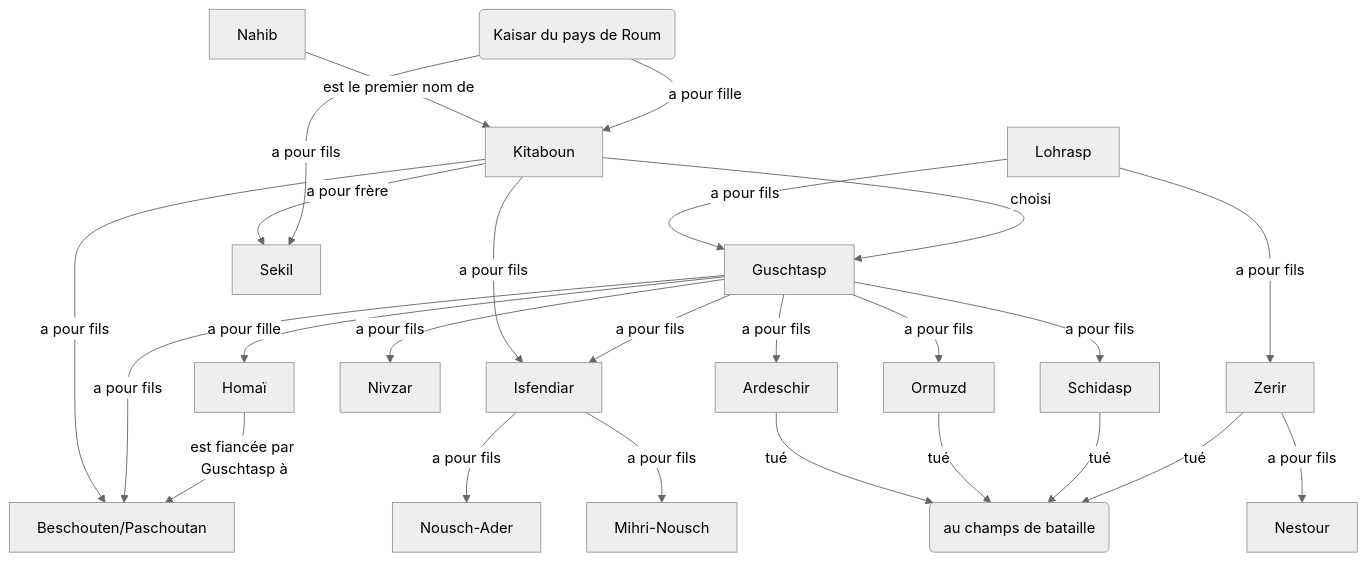
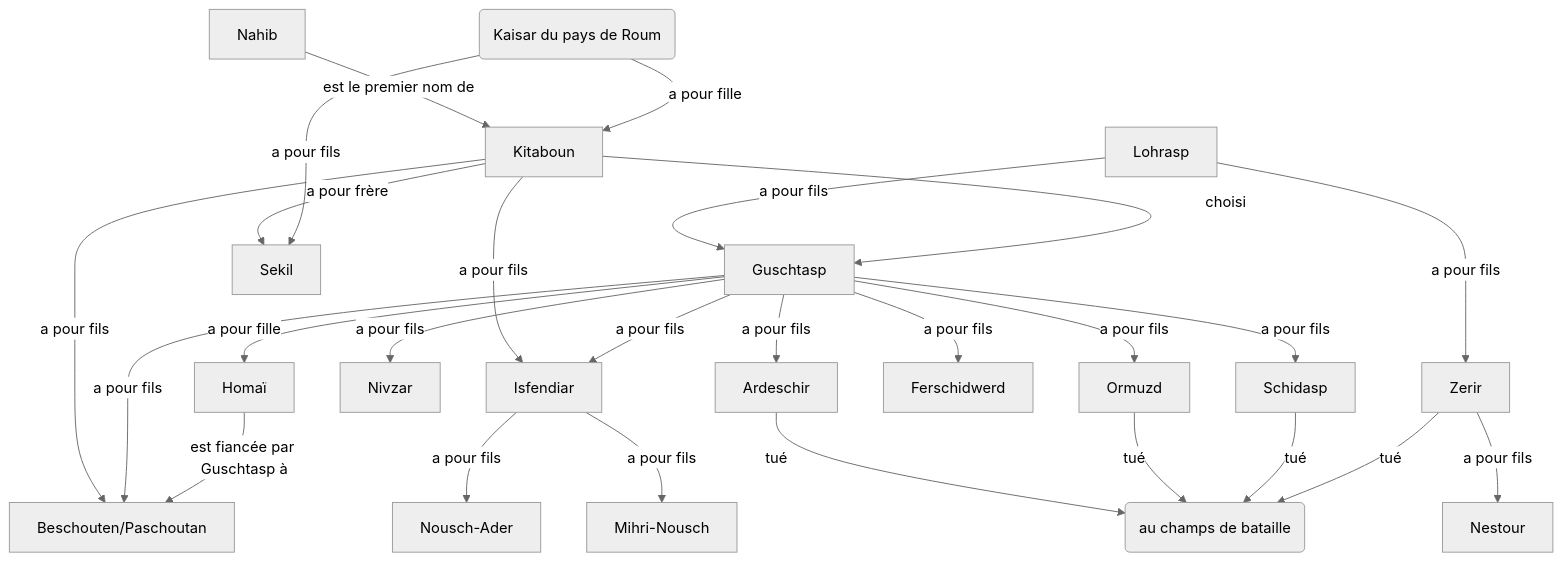
The diagram in src/graphs/lohrasp/lohrasp.mmd (hdorgeval/le-livre-des-rois), drawn with Mermaid (neutral theme) before and after one commit. The commit also changed 17 other files, not shown here.

```diff
--- a/src/graphs/lohrasp/lohrasp.mmd
+++ b/src/graphs/lohrasp/lohrasp.mmd
@@ -1,25 +1,26 @@
 graph TD
 Lohrasp --a pour fils--> Guschtasp
 Lohrasp --a pour fils--> Zerir
 Nahib --est le premier nom de --> Kitaboun
 Kitaboun --choisi--> Guschtasp
 K(Kaisar du pays de Roum) --a pour fille --> Kitaboun
 Kitaboun --a pour frère--> Sekil
 K(Kaisar du pays de Roum) --a pour fils--> Sekil 
 Kitaboun --a pour fils--> Beschouten/Paschoutan
 Kitaboun --a pour fils--> Isfendiar
 Guschtasp --a pour fils--> Beschouten/Paschoutan
 Guschtasp --a pour fils--> Isfendiar
 Guschtasp --a pour fils--> Schidasp
 Guschtasp --a pour fils--> Nivzar
 Guschtasp --a pour fils--> Ardeschir
 Guschtasp --a pour fils--> Ormuzd
+Guschtasp --a pour fils--> Ferschidwerd
 Guschtasp --a pour fille--> Homaï
 Ardeschir --tué --> B(au champs de bataille)
 Ormuzd --tué --> B(au champs de bataille)
 Schidasp --tué --> B(au champs de bataille)
 Zerir --a pour fils--> Nestour
 Zerir --tué --> B(au champs de bataille)
 Isfendiar --a pour fils--> Nousch-Ader
 Isfendiar --a pour fils--> Mihri-Nousch
 Homaï --est fiancée par Guschtasp à--> Beschouten/Paschoutan
```
